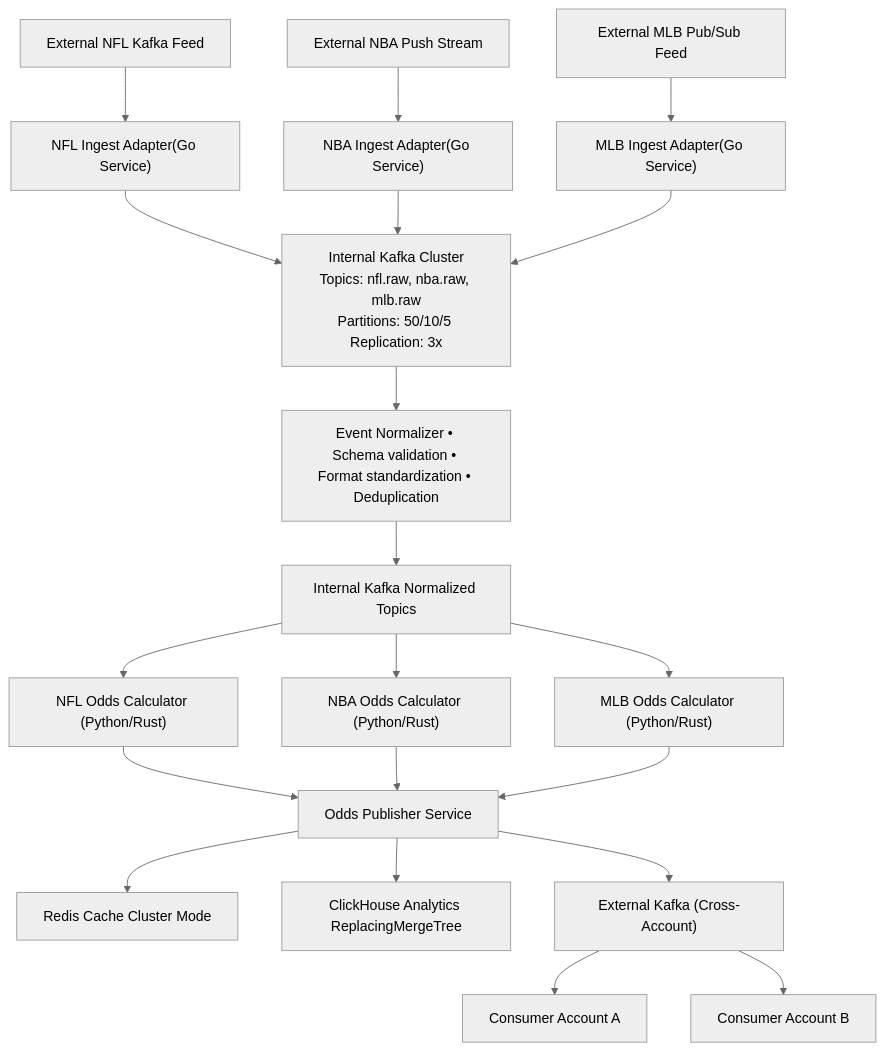
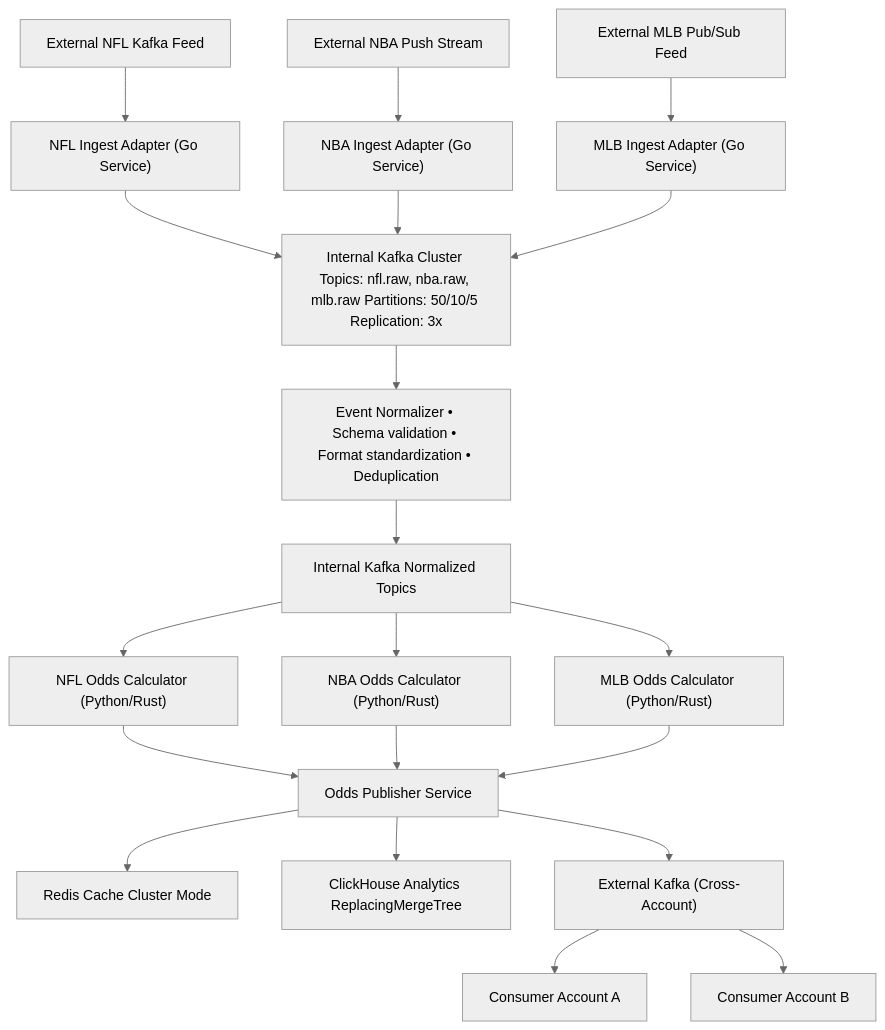
One commit to cchmura/ud_assessment changed the diagram in README.md. Above: the diagram before and after it, drawn with Mermaid (neutral theme). The commit also changed other lines of this file, not shown here.

````diff
--- a/README.md
+++ b/README.md
@@ -31,37 +32,37 @@
 ```mermaid
 flowchart TD
     %% External Feeds
     NFLKafka[External NFL Kafka Feed]
     NBAPush[External NBA Push Stream]
     MLBPubSub[External MLB Pub/Sub Feed]
 
     %% Adapters
-    NFLKafka --> NFLIngest["NFL Ingest Adapter(Go Service)"]
-    NBAPush --> NBAIngest["NBA Ingest Adapter(Go Service)"]
-    MLBPubSub --> MLBIngest["MLB Ingest Adapter(Go Service)"]
+    NFLKafka --> NFLIngest["NFL Ingest Adapter (Go Service)"]
+    NBAPush --> NBAIngest["NBA Ingest Adapter (Go Service)"]
+    MLBPubSub --> MLBIngest["MLB Ingest Adapter (Go Service)"]
 
     %% Internal Kafka
-    NFLIngest --> RawKafka["Internal Kafka Cluster\nTopics: nfl.raw, nba.raw, mlb.raw\nPartitions: 50/10/5 Replication: 3x"]
+    NFLIngest --> RawKafka["Internal Kafka Cluster Topics: nfl.raw, nba.raw, mlb.raw Partitions: 50/10/5 Replication: 3x"]
     NBAIngest --> RawKafka
     MLBIngest --> RawKafka
 
     %% Processing Pipeline
     RawKafka --> Normalizer["Event Normalizer • Schema validation • Format standardization • Deduplication"]
     Normalizer --> NormKafka["Internal Kafka Normalized Topics"]
     
     NormKafka --> NFLOdds["NFL Odds Calculator (Python/Rust)"]
     NormKafka --> NBAOdds["NBA Odds Calculator (Python/Rust)"]
     NormKafka --> MLBOdds["MLB Odds Calculator (Python/Rust)"]
 
     %% Output
     NFLOdds --> Publisher["Odds Publisher Service"]
     NBAOdds --> Publisher
     MLBOdds --> Publisher
     
     Publisher --> Redis["Redis Cache Cluster Mode"]
     Publisher --> ClickHouse["ClickHouse Analytics ReplacingMergeTree"]
     Publisher --> ExtKafka["External Kafka (Cross-Account)"]
     
     ExtKafka --> AccountA["Consumer Account A"]
     ExtKafka --> AccountB["Consumer Account B"]
 ```
````
